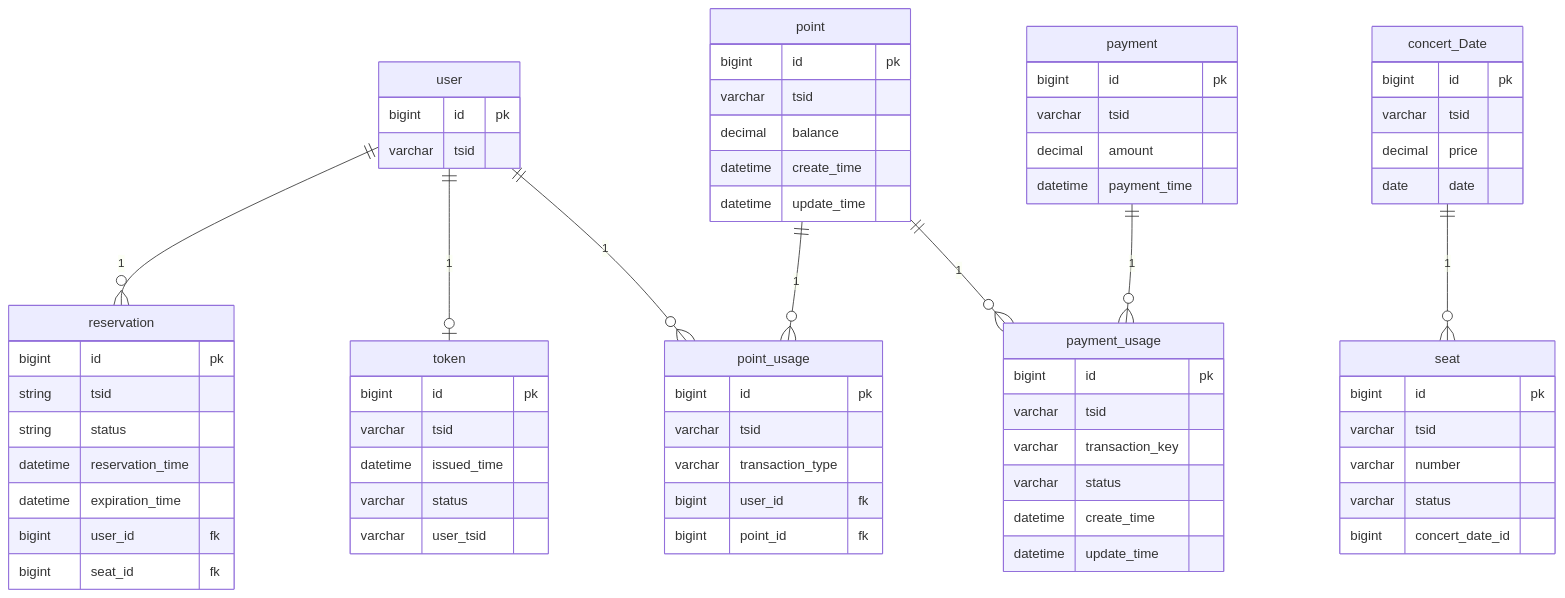
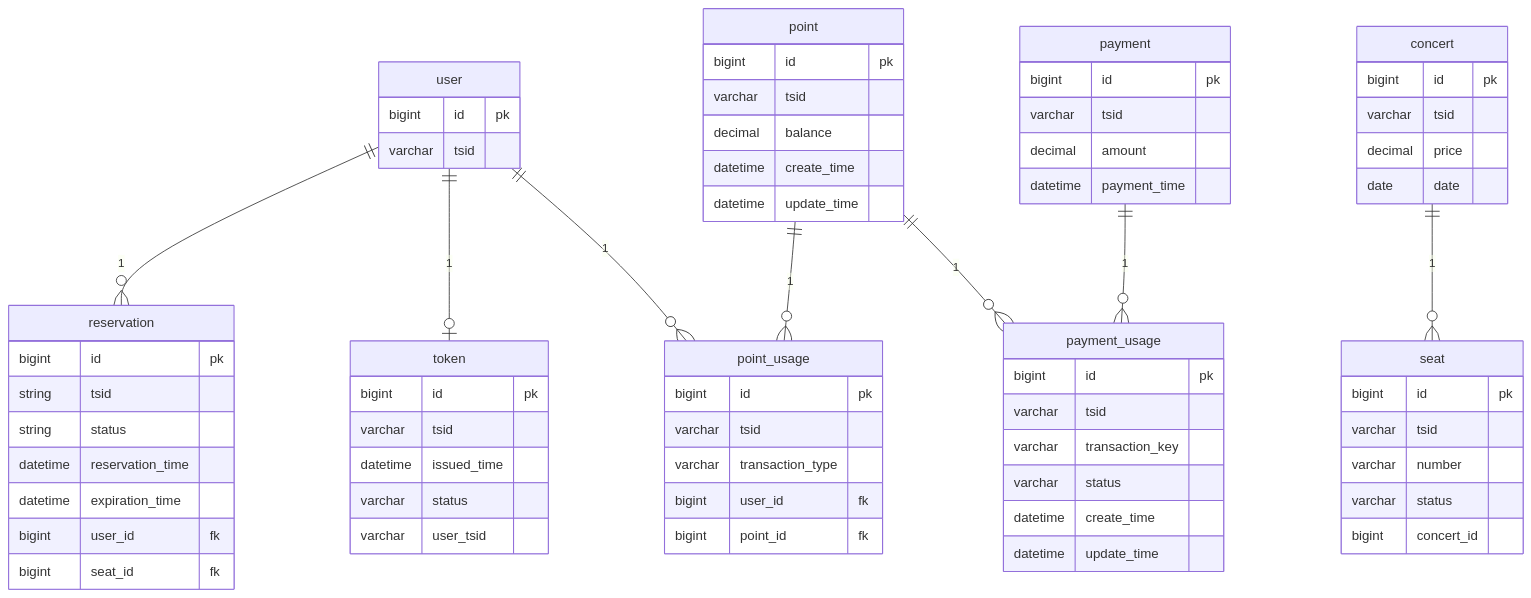
One commit to wanniDev/ticket changed the fourth of 4 diagrams in README.MD. Above: the diagram before and after it, drawn with Mermaid. The commit also changed other lines of this file and 2 other files, not shown here.

Commit message:
Document: 정확한 정보전달을 위해, ERD 테이블 명칭 변경 반영 및 tsid 보조키에 대한 간단한 내용설명 추가

````diff
--- a/README.MD
+++ b/README.MD
@@ -375,76 +376,76 @@
 ```mermaid
 erDiagram
     user {
         bigint id pk
         varchar tsid
     }
     point {
       bigint id pk
       varchar tsid
       decimal balance
       datetime create_time
       datetime update_time
     }
     point_usage {
       bigint id pk
       varchar tsid
       varchar transaction_type
       bigint user_id fk
       bigint point_id fk
     }
     token {
         bigint id pk
         varchar tsid
         datetime issued_time
         varchar status
         varchar user_tsid
     }
-    concert_Date {
+    concert {
         bigint id pk
         varchar tsid
         decimal price
         date date
     }
     
     seat { 
         bigint id pk
         varchar tsid
         varchar number
         varchar status
-        bigint concert_date_id
+        bigint concert_id
     }
 
     reservation {
         bigint id pk
         string tsid
         string status
         datetime reservation_time
         datetime expiration_time
         bigint user_id fk
         bigint seat_id fk
     }
     
     payment {
         bigint id pk
         varchar tsid
         decimal amount
         datetime payment_time
     }
     
     payment_usage {
         bigint id pk
         varchar tsid
         varchar transaction_key
         varchar status
         datetime create_time
         datetime update_time
     }
     
-    concert_Date ||--o{ seat : "1"
+    concert ||--o{ seat : "1"
     point ||--o{ payment_usage : "1"
     payment ||--o{ payment_usage : "1"
     point ||--o{ point_usage : "1"
     user ||--o{ point_usage : "1"
     user ||--o| token : "1"
     user ||--o{ reservation : "1"
 ```
````
